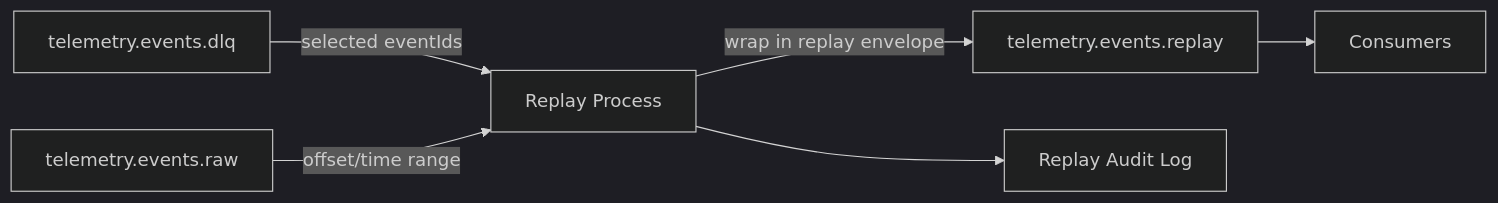
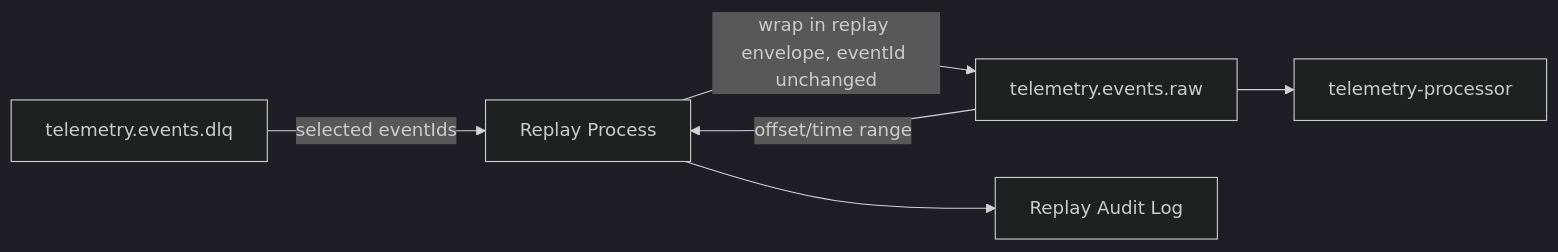
One commit to ME-Massine/pulsestream changed the diagram in docs/architecture/event-replay-strategy.md. Above: the diagram before and after it, drawn with Mermaid (dark theme). The commit also changed other lines of this file, not shown here.

First line of the commit message:
docs(architecture): align replay route with #124 and fix idempotency

````diff
--- a/docs/architecture/event-replay-strategy.md
+++ b/docs/architecture/event-replay-strategy.md
@@ -83,8 +93,8 @@
 ```mermaid
 flowchart LR
     DLQ[telemetry.events.dlq] -->|selected eventIds| R[Replay Process]
     RAW[telemetry.events.raw] -->|offset/time range| R
-    R -->|wrap in replay envelope| REPLAY[telemetry.events.replay]
-    REPLAY --> C[Consumers]
+    R -->|wrap in replay envelope, eventId unchanged| RAW
+    RAW --> C[telemetry-processor]
     R --> LOG[Replay Audit Log]
 ```
````
